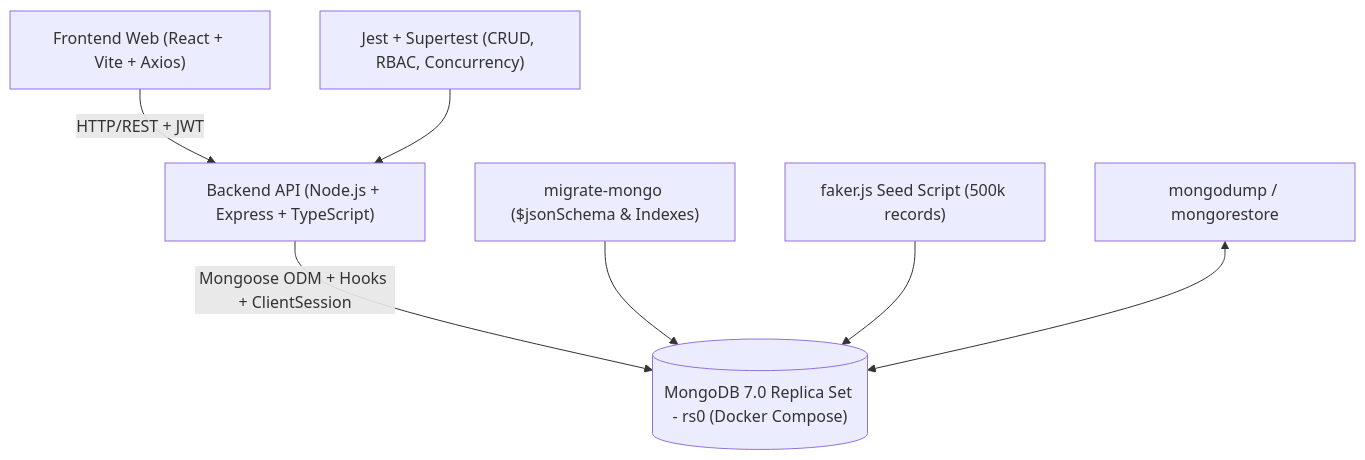
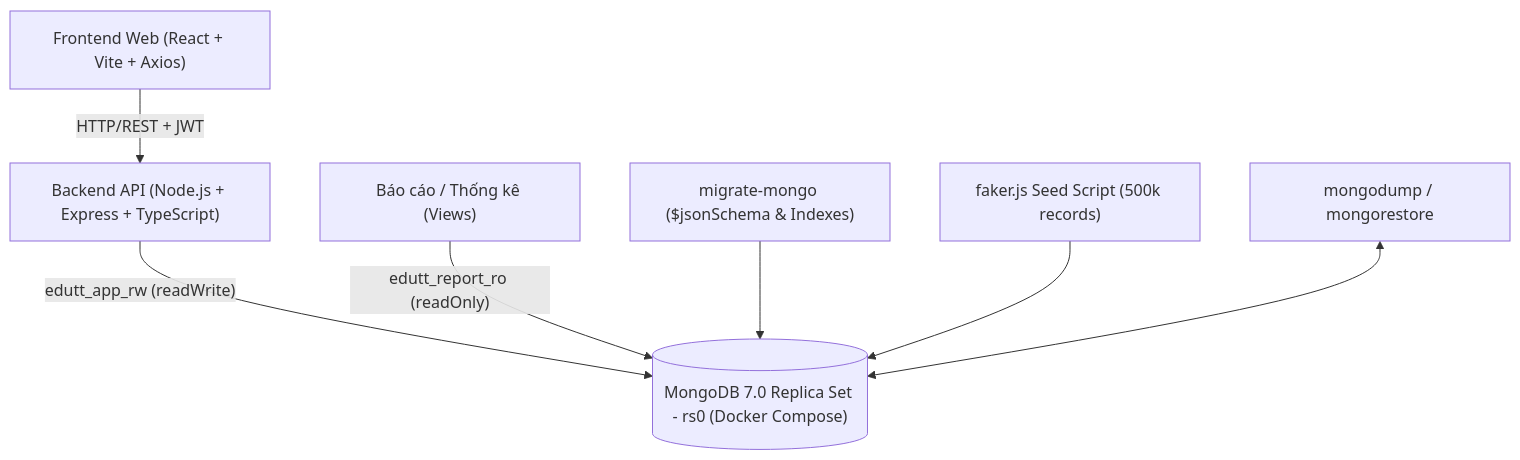
The third of 3 diagrams in docs/01-system-requirements-specification.md (thanhpham2k6/edUTT), drawn with Mermaid before and after one commit. The commit also changed other lines of this file and 5 other files, not shown here.

````diff
--- a/docs/01-system-requirements-specification.md
+++ b/docs/01-system-requirements-specification.md
@@ -150,9 +157,9 @@
 ```mermaid
 flowchart TD
     Client["Frontend Web (React + Vite + Axios)"] -->|"HTTP/REST + JWT"| API["Backend API (Node.js + Express + TypeScript)"]
-    API -->|"Mongoose ODM + Hooks + ClientSession"| DB[("MongoDB 7.0 Replica Set - rs0 (Docker Compose)")]
+    API -->|"edutt_app_rw (readWrite)"| DB[("MongoDB 7.0 Replica Set - rs0 (Docker Compose)")]
+    Report["Báo cáo / Thống kê (Views)"] -->|"edutt_report_ro (readOnly)"| DB
     Mig["migrate-mongo ($jsonSchema & Indexes)"] --> DB
     Seed["faker.js Seed Script (500k records)"] --> DB
-    Test["Jest + Supertest (CRUD, RBAC, Concurrency)"] --> API
     Backup["mongodump / mongorestore"] <--> DB
 ```
````
